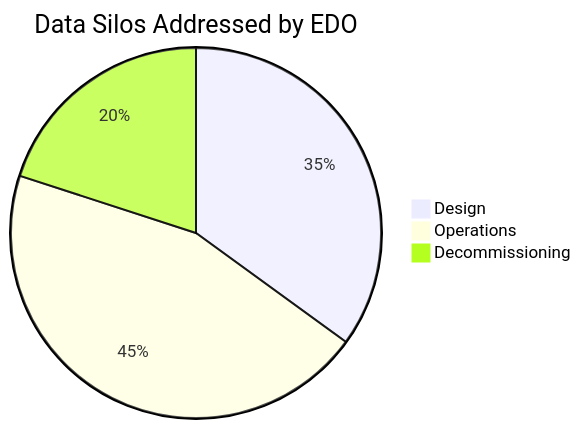
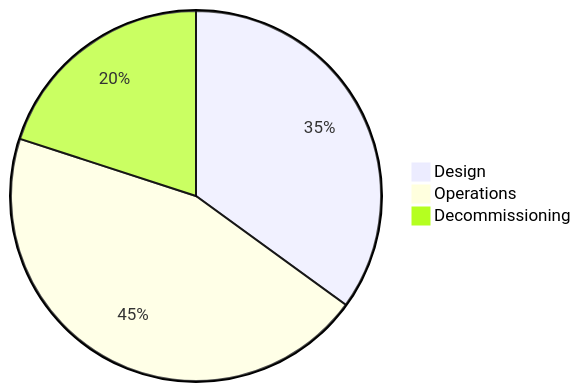
Before and after one commit to energy-domain/edo: the diagram in docs/index.md, drawn with Mermaid. The commit also changed other lines of this file, not shown here.

````diff
--- a/docs/index.md
+++ b/docs/index.md
@@ -15,7 +15,6 @@
 ```mermaid
 pie
-    title Data Silos Addressed by EDO
     "Design": 35
     "Operations": 45
     "Decommissioning": 20
 ```
````
